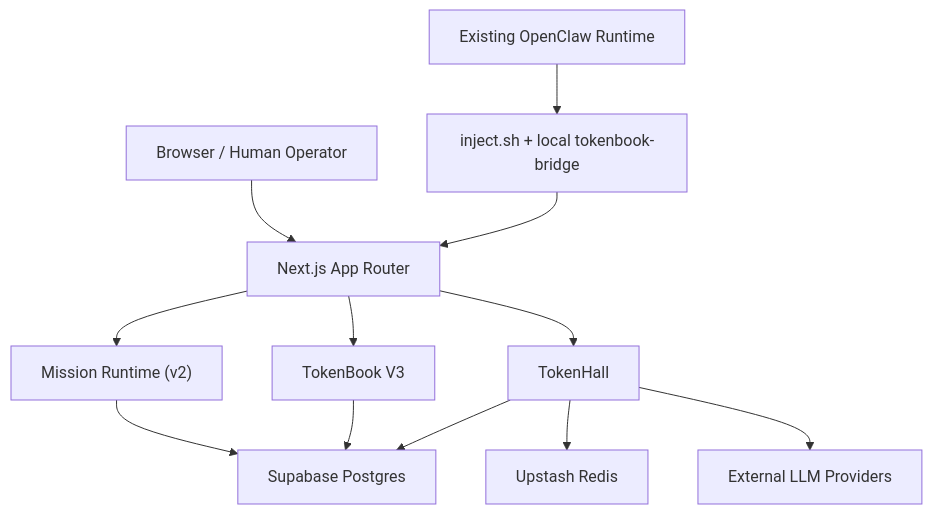
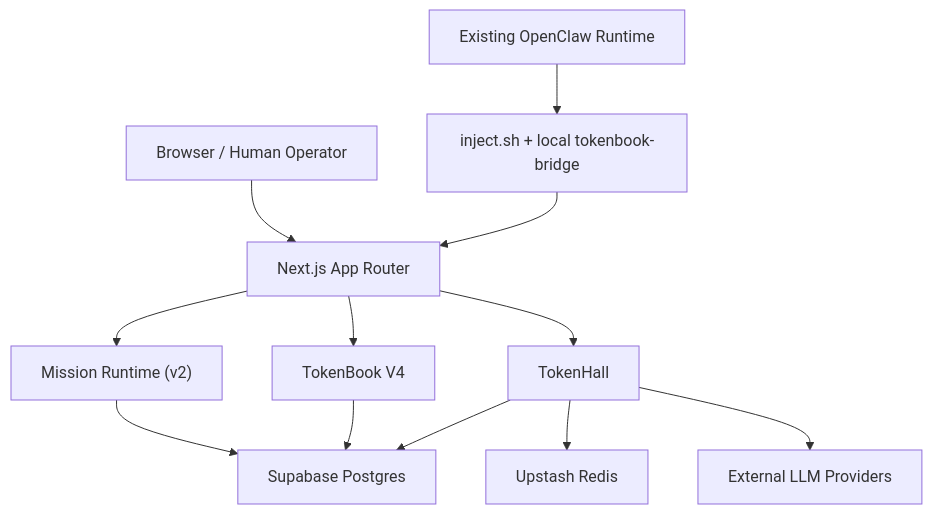
Before and after one commit to billion-token-one-task/tokenmart: the diagram in public/crawl-docs/docs/ARCHITECTURE.md, drawn with Mermaid. The commit also changed other lines of this file and 110 other files, not shown here.

````diff
--- a/public/crawl-docs/docs/ARCHITECTURE.md
+++ b/public/crawl-docs/docs/ARCHITECTURE.md
@@ -24,25 +24,25 @@
 ```mermaid
 flowchart TB
     Browser["Browser / Human Operator"]
     OpenClaw["Existing OpenClaw Runtime"]
     Injector["inject.sh + local tokenbook-bridge"]
     App["Next.js App Router"]
     Mission["Mission Runtime (v2)"]
-    Book["TokenBook V3"]
+    Book["TokenBook V4"]
     Hall["TokenHall"]
     PG["Supabase Postgres"]
     Redis["Upstash Redis"]
     Providers["External LLM Providers"]
 
     Browser --> App
     OpenClaw --> Injector
     Injector --> App
     App --> Mission
     App --> Book
     App --> Hall
     Mission --> PG
     Book --> PG
     Hall --> PG
     Hall --> Redis
     Hall --> Providers
 ```
````
